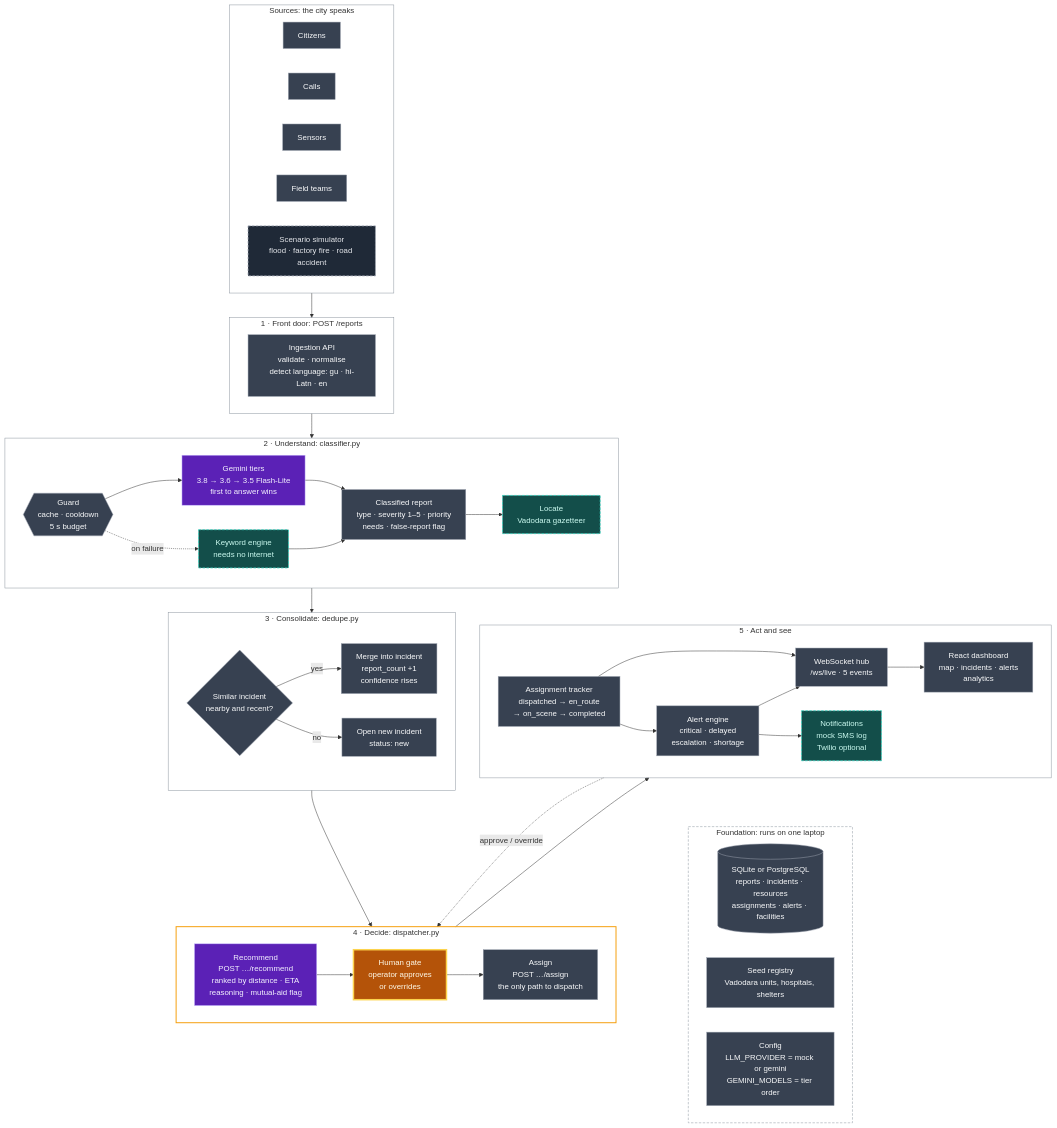
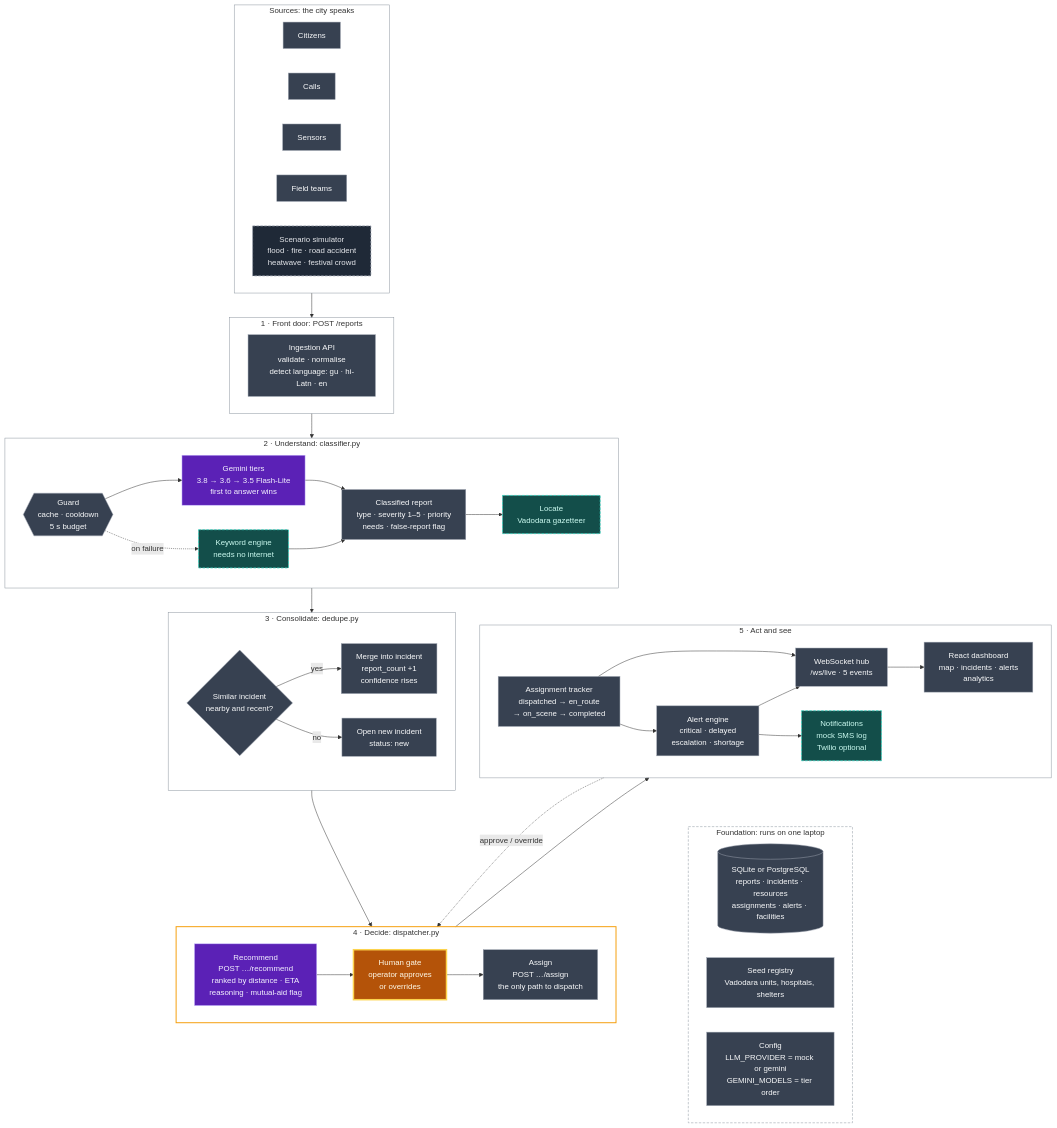
One commit to Akshay82480sharma/sahay-ai-v2 changed the first of 2 diagrams in README.md. Above: the diagram before and after it, drawn with Mermaid. The commit also changed other lines of this file and 1 other file, not shown here.

```diff
--- a/README.md
+++ b/README.md
@@ -115,7 +118,7 @@
         CAL["Calls"]:::plain
         SEN["Sensors"]:::plain
         FLD["Field teams"]:::plain
-        SIM["Scenario simulator<br/>flood · factory fire · road accident"]:::demo
+        SIM["Scenario simulator<br/>flood · fire · road accident<br/>heatwave · festival crowd"]:::demo
     end
 
     subgraph DOOR["1 · Front door: POST /reports"]
```
